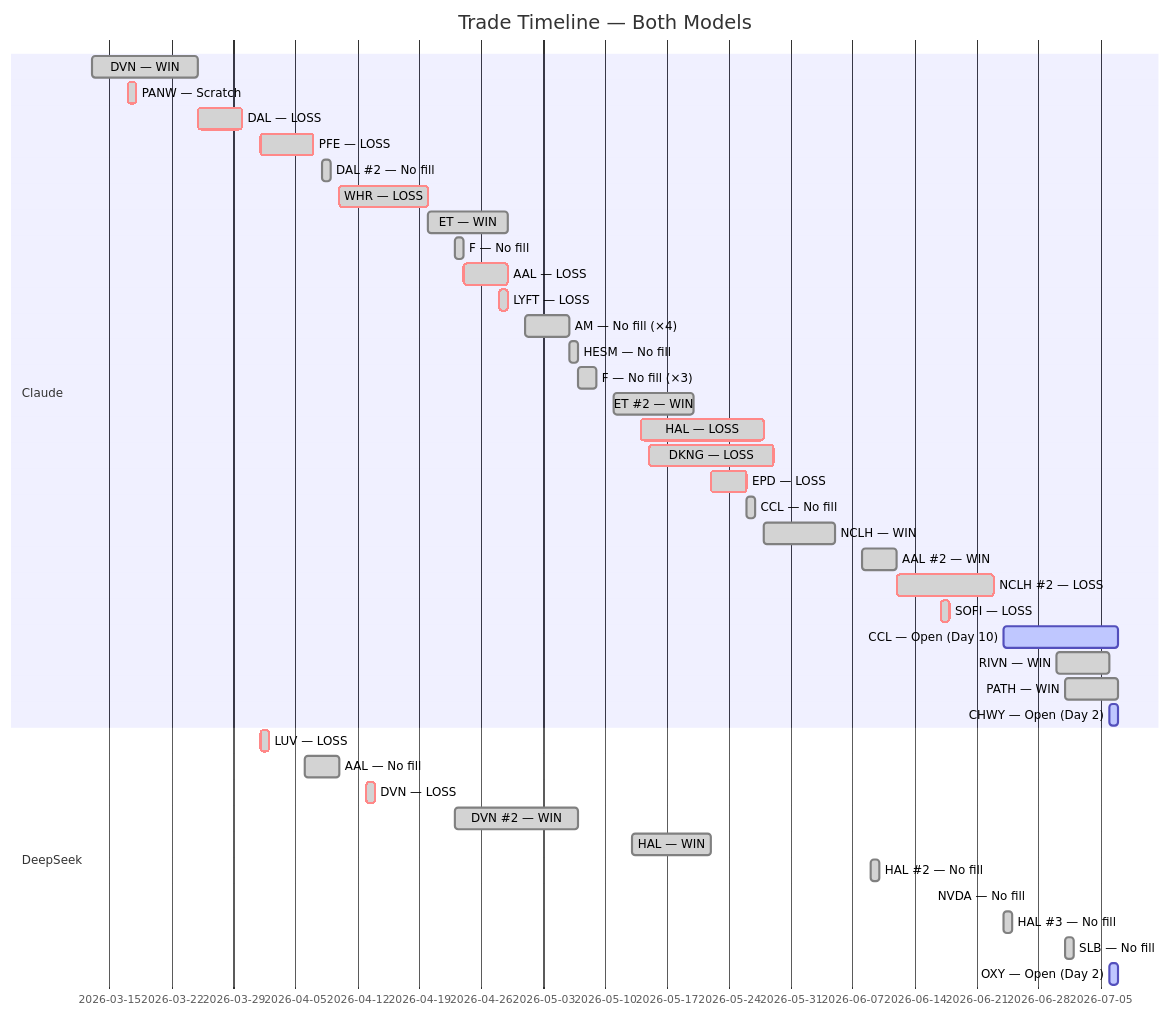
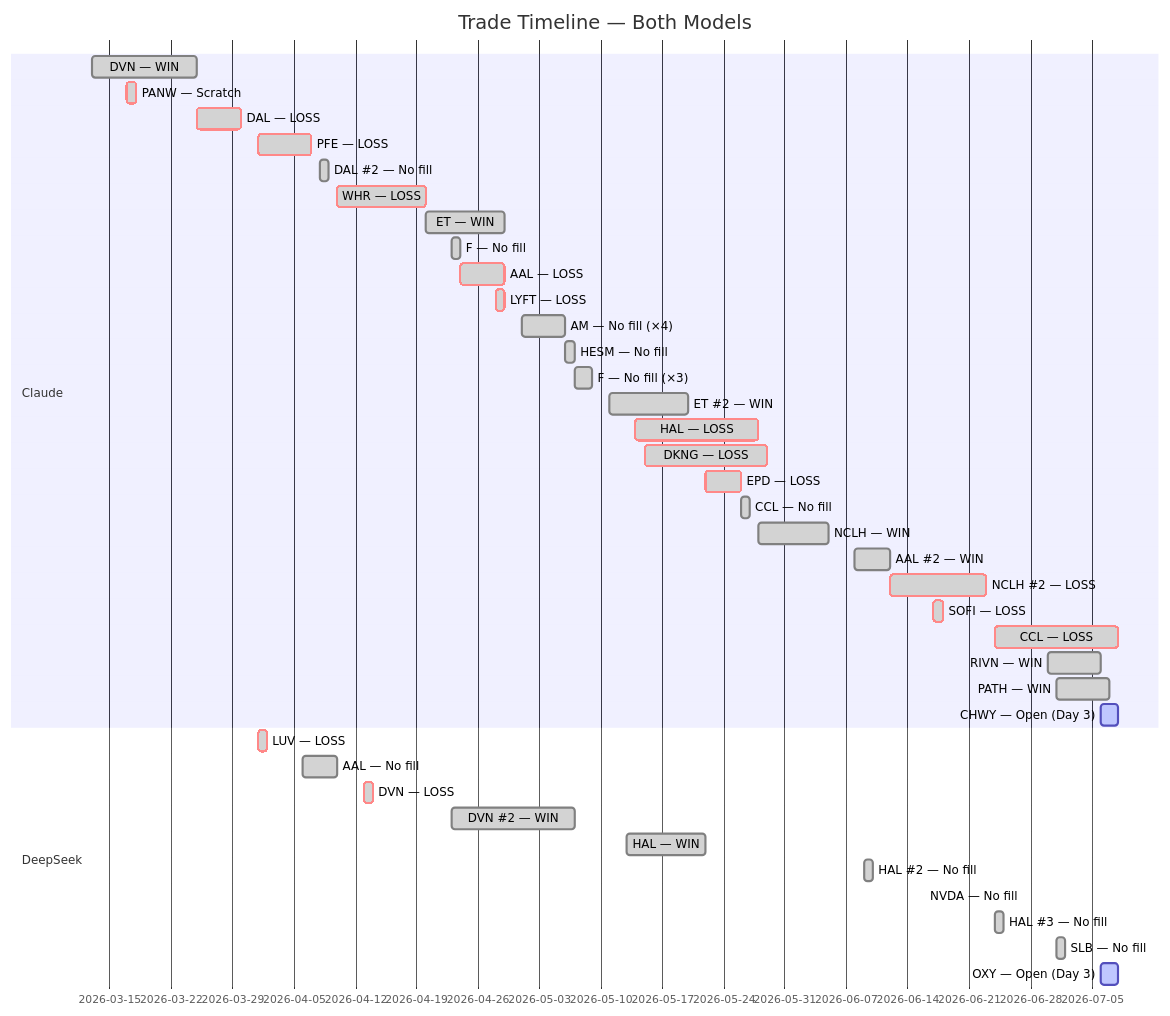
Before and after one commit to zachisit/ai-auto-buy-thesis: the fifth of 5 diagrams in README.md, drawn with Mermaid. The commit also changed other lines of this file and 2 other files, not shown here.

````diff
--- a/README.md
+++ b/README.md
@@ -63,43 +63,43 @@
 ```mermaid
 gantt
     title Trade Timeline — Both Models
     dateFormat YYYY-MM-DD
     section Claude
     DVN — WIN            :done,    2026-03-13, 2026-03-25
     PANW — Scratch       :crit, done, 2026-03-17, 2026-03-18
     DAL — LOSS           :crit, done, 2026-03-25, 2026-03-30
     PFE — LOSS           :crit, done, 2026-04-01, 2026-04-07
     DAL #2 — No fill     :done,    2026-04-08, 2026-04-09
     WHR — LOSS           :crit, done, 2026-04-10, 2026-04-20
     ET — WIN             :done,    2026-04-20, 2026-04-29
     F — No fill          :done,    2026-04-23, 2026-04-24
     AAL — LOSS           :crit, done, 2026-04-24, 2026-04-29
     LYFT — LOSS          :crit, done, 2026-04-28, 2026-04-29
     AM — No fill (×4)    :done,    2026-05-01, 2026-05-06
     HESM — No fill       :done,    2026-05-06, 2026-05-07
     F — No fill (×3)     :done,    2026-05-07, 2026-05-09
     ET #2 — WIN          :done,    2026-05-11, 2026-05-20
     HAL — LOSS           :crit, done, 2026-05-14, 2026-05-28
     DKNG — LOSS          :crit, done, 2026-05-15, 2026-05-29
     EPD — LOSS           :crit, done, 2026-05-22, 2026-05-26
     CCL — No fill        :done,    2026-05-26, 2026-05-27
     NCLH — WIN           :done,    2026-05-28, 2026-06-05
     AAL #2 — WIN         :done,    2026-06-08, 2026-06-12
     NCLH #2 — LOSS       :crit, done, 2026-06-12, 2026-06-23
     SOFI — LOSS          :crit, done, 2026-06-17, 2026-06-18
-    CCL — Open (Day 10)  :active,  2026-06-24, 2026-07-07
+    CCL — LOSS           :crit, done, 2026-06-24, 2026-07-08
     RIVN — WIN           :done,    2026-06-30, 2026-07-06
     PATH — WIN           :done,    2026-07-01, 2026-07-07
-    CHWY — Open (Day 2)  :active,  2026-07-06, 2026-07-07
+    CHWY — Open (Day 3)  :active,  2026-07-06, 2026-07-08
     section DeepSeek
     LUV — LOSS           :crit, done, 2026-04-01, 2026-04-02
     AAL — No fill        :done,    2026-04-06, 2026-04-10
     DVN — LOSS           :crit, done, 2026-04-13, 2026-04-14
     DVN #2 — WIN         :done,    2026-04-23, 2026-05-07
     HAL — WIN            :done,    2026-05-13, 2026-05-22
     HAL #2 — No fill    :done,    2026-06-09, 2026-06-10
     NVDA — No fill      :done,    2026-06-16, 2026-06-16
     HAL #3 — No fill    :done,    2026-06-24, 2026-06-25
     SLB — No fill        :done,    2026-07-01, 2026-07-02
-    OXY — Open (Day 2)   :active,  2026-07-06, 2026-07-07
+    OXY — Open (Day 3)   :active,  2026-07-06, 2026-07-08
 ```
````
